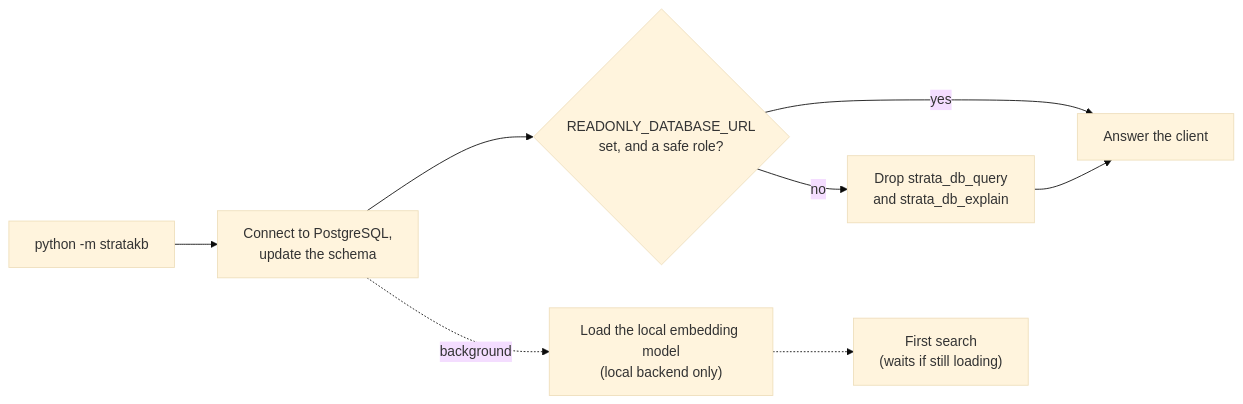
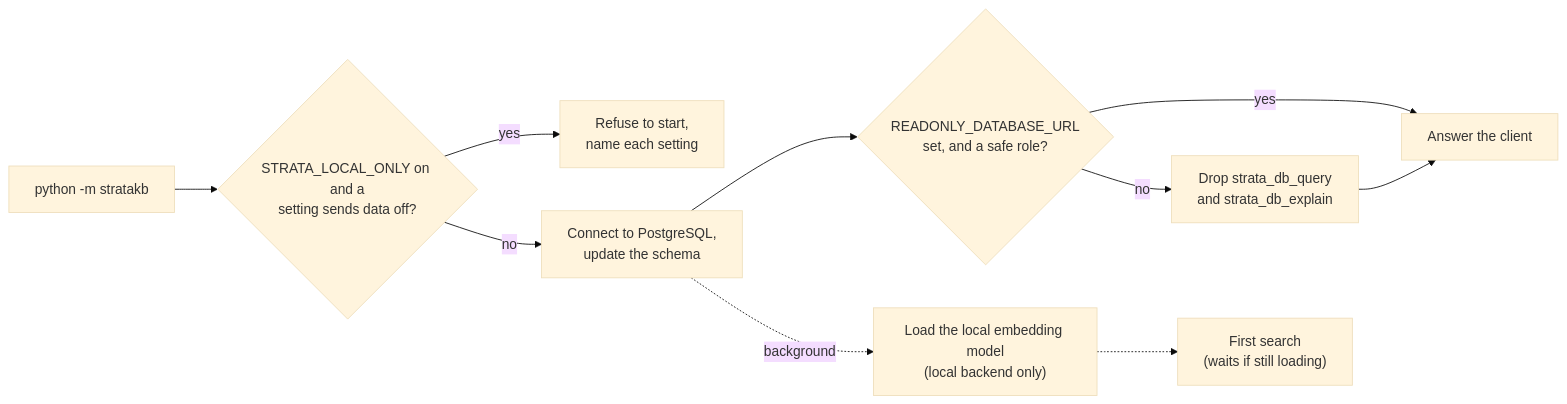
One commit to boudou/StrataKB changed the third of 10 diagrams in README.md. Above: the diagram before and after it, drawn with Mermaid (base theme). The commit also changed other lines of this file and 3 other files, not shown here.

````diff
--- a/README.md
+++ b/README.md
@@ -104,7 +104,9 @@
 ```mermaid
 flowchart LR
-    start["python -m stratakb"] --> db["Connect to PostgreSQL,<br/>update the schema"] --> ro{"READONLY_DATABASE_URL<br/>set, and a safe role?"}
+    start["python -m stratakb"] --> lo{"STRATA_LOCAL_ONLY on and a<br/>setting sends data off?"}
+    lo -->|"yes"| refuse["Refuse to start,<br/>name each setting"]
+    lo -->|"no"| db["Connect to PostgreSQL,<br/>update the schema"] --> ro{"READONLY_DATABASE_URL<br/>set, and a safe role?"}
     ro -->|"yes"| ready["Answer the client"]
     ro -->|"no"| off["Drop strata_db_query<br/>and strata_db_explain"] --> ready
     db -.->|"background"| m["Load the local embedding model<br/>(local backend only)"] -.-> s["First search<br/>(waits if still loading)"]
 ```
````
